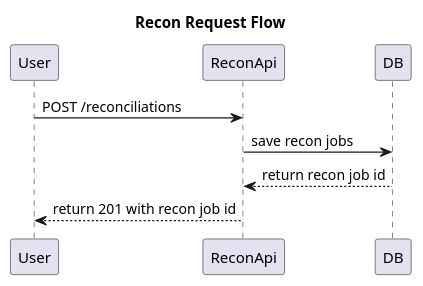
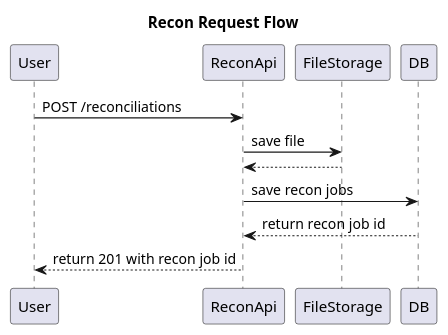
One commit to dellykaos/reconcile-transactions changed the diagram in recon/docs/post_request.plantuml. Above: the diagram before and after it, drawn with PlantUML. The commit also changed 3 other files, not shown here.

Commit message:
add uml name

```diff
--- a/recon/docs/post_request.plantuml
+++ b/recon/docs/post_request.plantuml
@@ -1,10 +1,12 @@
-@startuml
+@startuml Recon Request Flow
 
 title Recon Request Flow
 
 User -> ReconApi: POST /reconciliations
+ReconApi -> FileStorage: save file
+FileStorage --> ReconApi
 ReconApi -> DB: save recon jobs
 DB --> ReconApi: return recon job id
 ReconApi --> User: return 201 with recon job id
 
 @enduml
```
